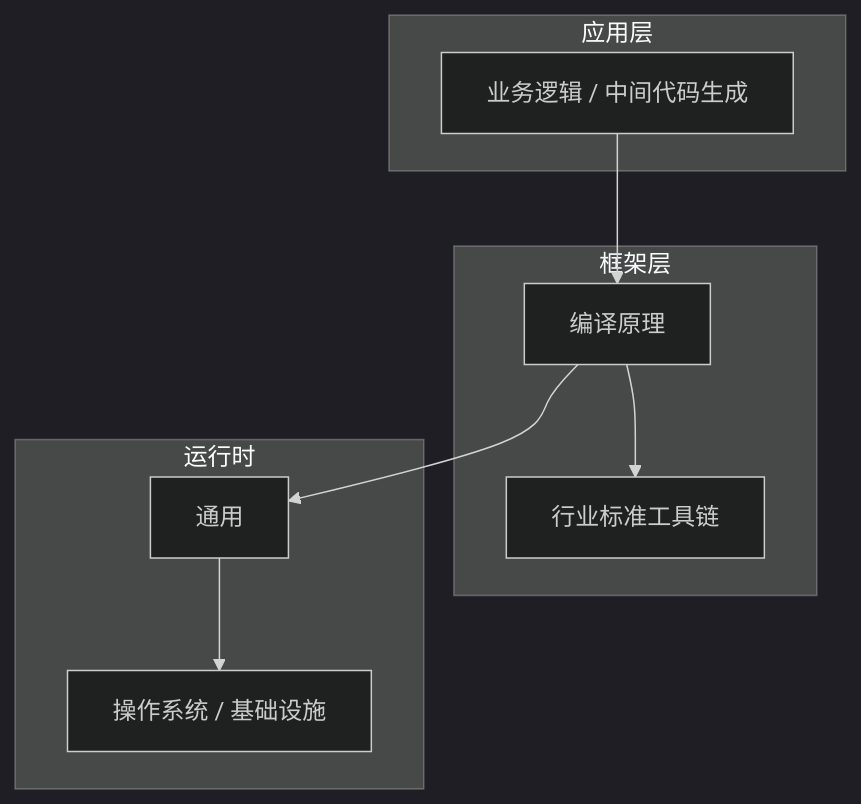
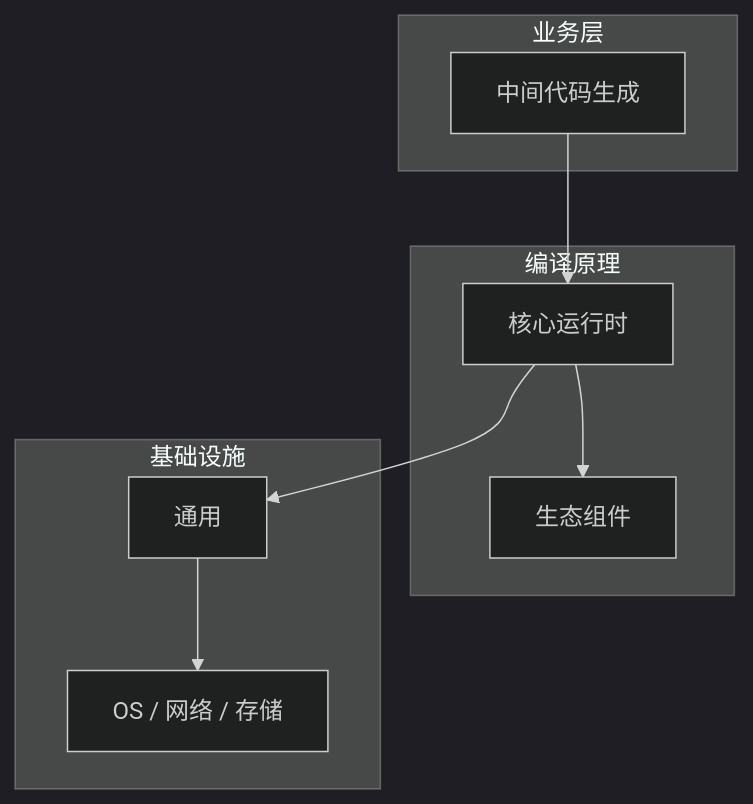
Before and after one commit to yanggan2015/knowledge-json-v2: the diagram in articles/编译原理/chapters/041-中间代码生成核心概念与原理.md, drawn with Mermaid (dark theme). The commit also changed other lines of this file and 10127 other files, not shown here.

````diff
--- a/articles/编译原理/chapters/041-中间代码生成核心概念与原理.md
+++ b/articles/编译原理/chapters/041-中间代码生成核心概念与原理.md
@@ -45,18 +34,18 @@
 ```mermaid
 graph TB
-    subgraph 应用层
-        A[业务逻辑 / 中间代码生成]
+    subgraph 业务层
+        A[中间代码生成]
     end
-    subgraph 框架层
-        B[编译原理]
-        C[行业标准工具链]
+    subgraph 编译原理
+        B[核心运行时]
+        C[生态组件]
     end
-    subgraph 运行时
+    subgraph 基础设施
         D[通用]
-        E[操作系统 / 基础设施]
+        E[OS / 网络 / 存储]
     end
     A --> B
     B --> C
     B --> D
     D --> E
 ```
````
